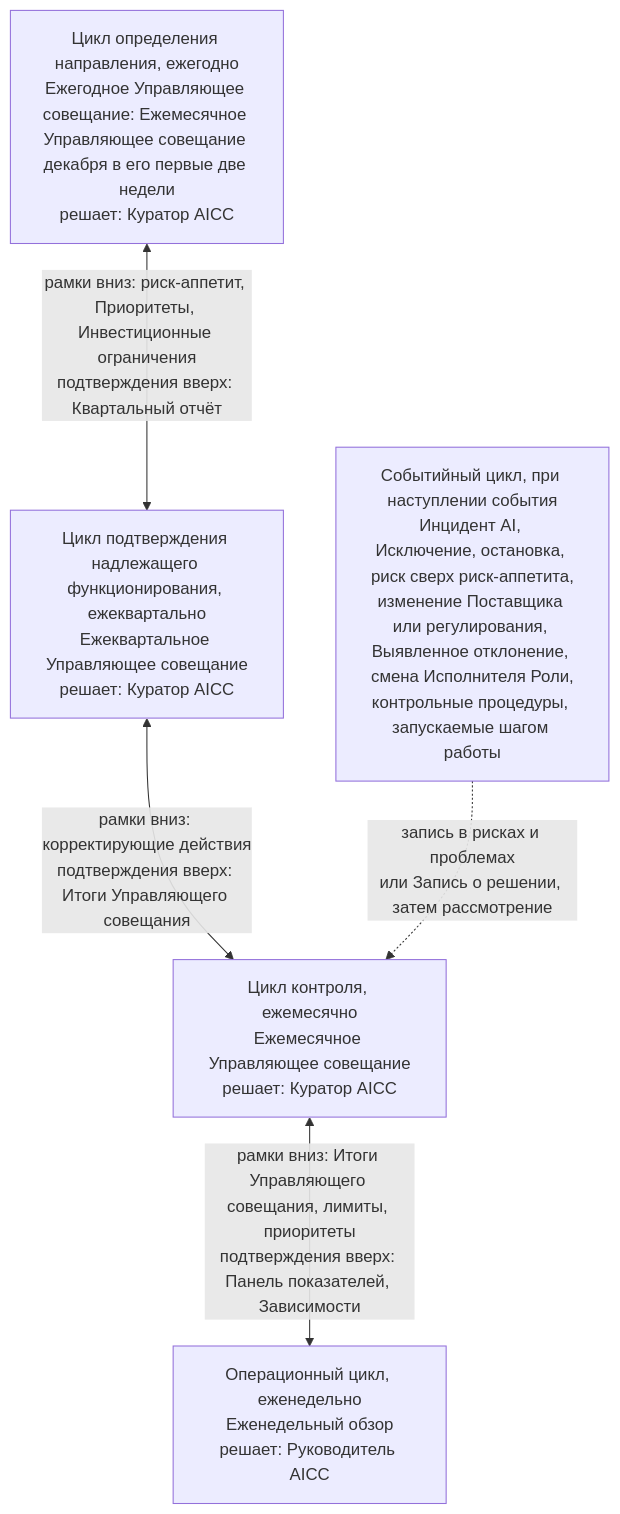
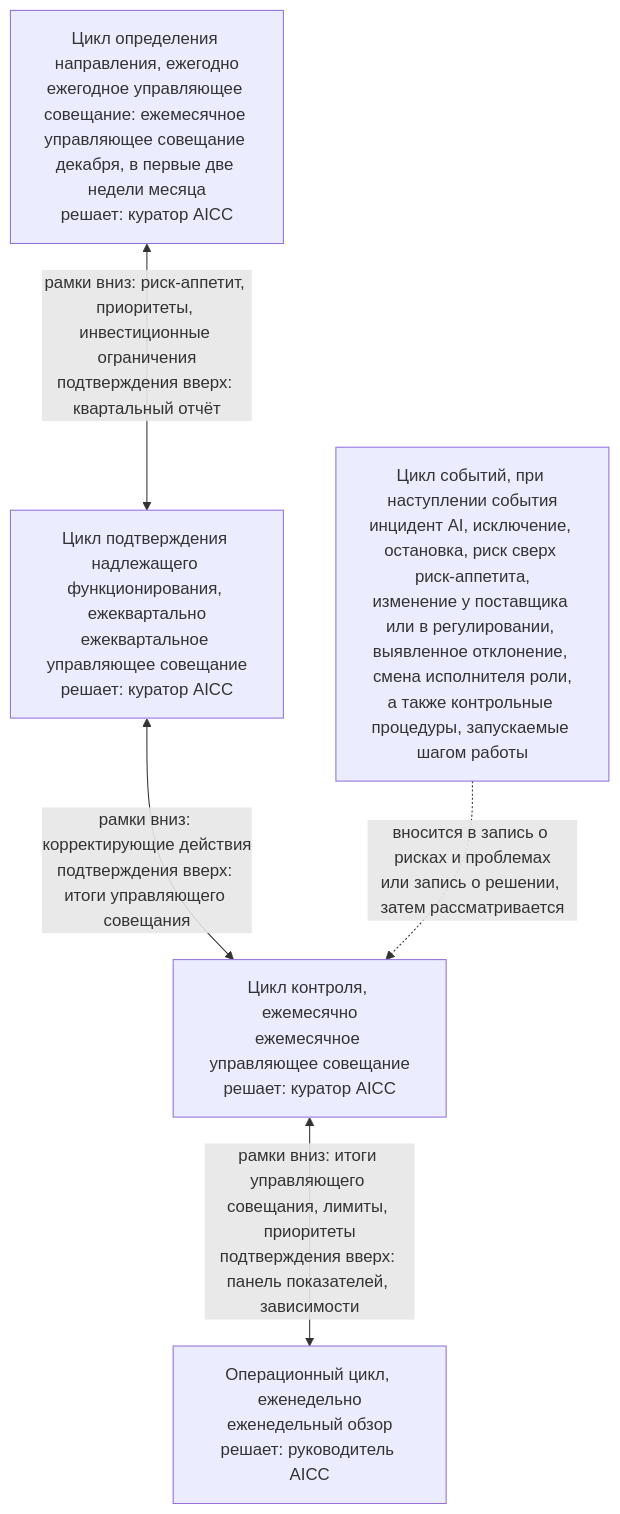
Before and after one commit to devhogu/ob-aicc: the first of 6 diagrams in charter/ru/workflows/unit-governance.md, drawn with Mermaid. The commit also changed other lines of this file and 7 other files, not shown here.

````diff
--- a/charter/ru/workflows/unit-governance.md
+++ b/charter/ru/workflows/unit-governance.md
@@ -21,12 +21,12 @@
 ```mermaid
 flowchart TB
-  DI["Цикл определения направления, ежегодно<br/>Ежегодное Управляющее совещание: Ежемесячное Управляющее совещание декабря в его первые две недели<br/>решает: Куратор AICC"]
-  AS["Цикл подтверждения надлежащего функционирования, ежеквартально<br/>Ежеквартальное Управляющее совещание<br/>решает: Куратор AICC"]
-  CO["Цикл контроля, ежемесячно<br/>Ежемесячное Управляющее совещание<br/>решает: Куратор AICC"]
-  OP["Операционный цикл, еженедельно<br/>Еженедельный обзор<br/>решает: Руководитель AICC"]
-  DI <-->|"рамки вниз: риск-аппетит, Приоритеты, Инвестиционные ограничения<br/>подтверждения вверх: Квартальный отчёт"| AS
-  AS <-->|"рамки вниз: корректирующие действия<br/>подтверждения вверх: Итоги Управляющего совещания"| CO
-  CO <-->|"рамки вниз: Итоги Управляющего совещания, лимиты, приоритеты<br/>подтверждения вверх: Панель показателей, Зависимости"| OP
-  EV["Событийный цикл, при наступлении события<br/>Инцидент AI, Исключение, остановка, риск сверх риск-аппетита,<br/>изменение Поставщика или регулирования, Выявленное отклонение, смена Исполнителя Роли,<br/>контрольные процедуры, запускаемые шагом работы"]
-  EV -.->|"запись в рисках и проблемах<br/>или Запись о решении, затем рассмотрение"| CO
+  DI["Цикл определения направления, ежегодно<br/>ежегодное управляющее совещание: ежемесячное управляющее совещание декабря, в первые две недели месяца<br/>решает: куратор AICC"]
+  AS["Цикл подтверждения надлежащего функционирования, ежеквартально<br/>ежеквартальное управляющее совещание<br/>решает: куратор AICC"]
+  CO["Цикл контроля, ежемесячно<br/>ежемесячное управляющее совещание<br/>решает: куратор AICC"]
+  OP["Операционный цикл, еженедельно<br/>еженедельный обзор<br/>решает: руководитель AICC"]
+  DI <-->|"рамки вниз: риск-аппетит, приоритеты, инвестиционные ограничения<br/>подтверждения вверх: квартальный отчёт"| AS
+  AS <-->|"рамки вниз: корректирующие действия<br/>подтверждения вверх: итоги управляющего совещания"| CO
+  CO <-->|"рамки вниз: итоги управляющего совещания, лимиты, приоритеты<br/>подтверждения вверх: панель показателей, зависимости"| OP
+  EV["Цикл событий, при наступлении события<br/>инцидент AI, исключение, остановка, риск сверх риск-аппетита,<br/>изменение у поставщика или в регулировании, выявленное отклонение, смена исполнителя роли,<br/>а также контрольные процедуры, запускаемые шагом работы"]
+  EV -.->|"вносится в запись о рисках и проблемах<br/>или запись о решении, затем рассматривается"| CO
 ```
````
